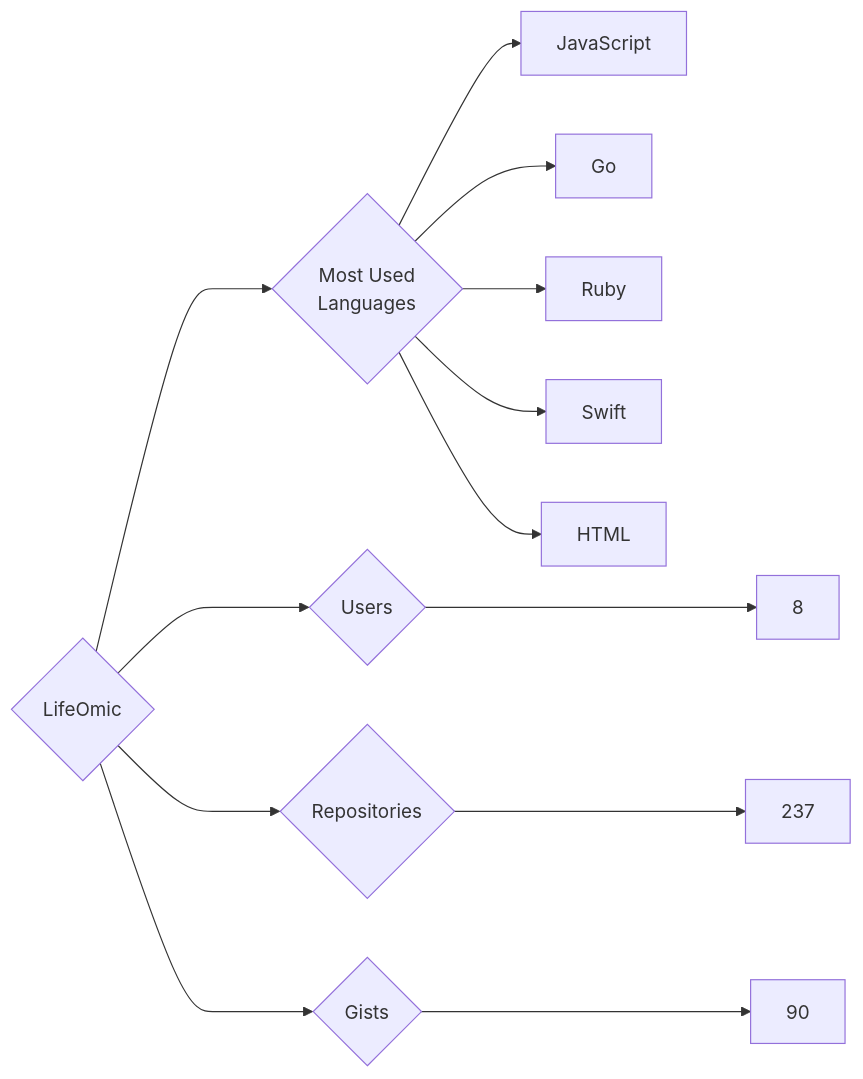
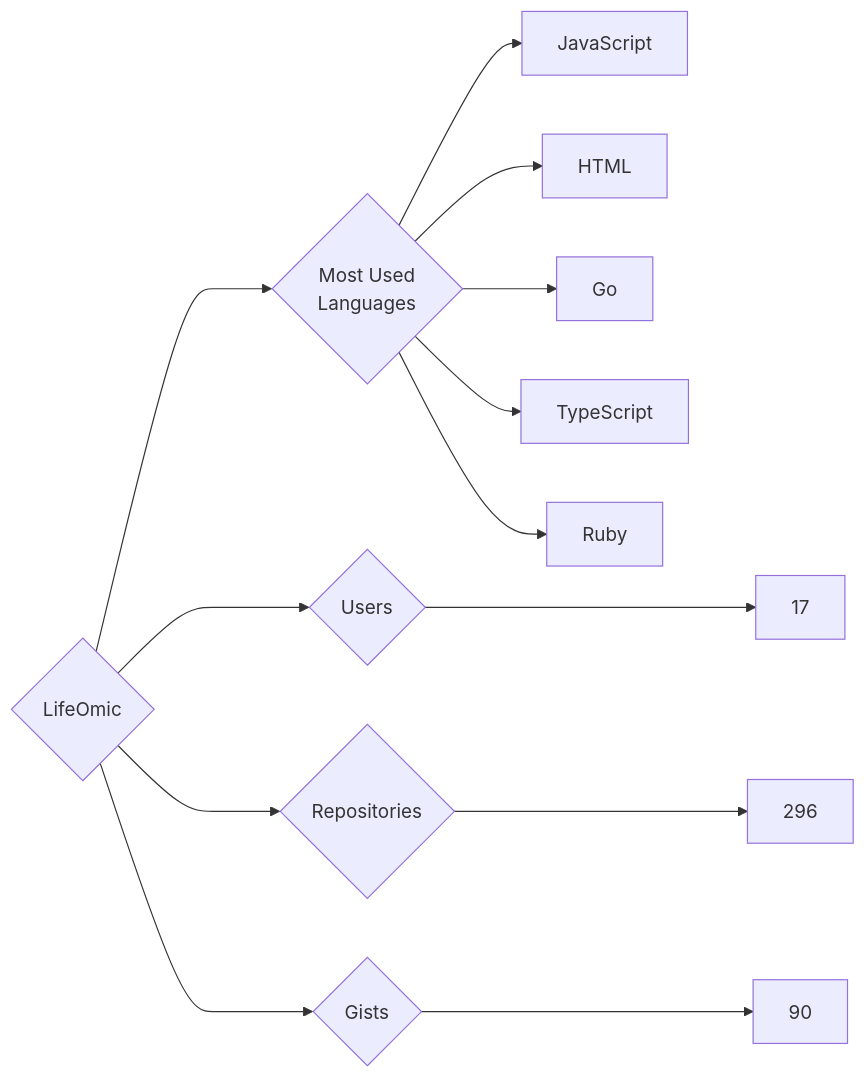
One commit to trickest/insiders changed the diagram in targets/LifeOmic/README.md. Above: the diagram before and after it, drawn with Mermaid. The commit also changed 757 other files, not shown here.

````diff
--- a/targets/LifeOmic/README.md
+++ b/targets/LifeOmic/README.md
@@ -3,13 +3,13 @@
 ```mermaid
 graph LR
 COMPANY_NAME{LifeOmic}
-COMPANY_NAME ---> U{Users} ---> UN[8]
-COMPANY_NAME ---> R{Repositories} ---> RN[237]
+COMPANY_NAME ---> U{Users} ---> UN[17]
+COMPANY_NAME ---> R{Repositories} ---> RN[296]
 COMPANY_NAME ---> G{Gists} ---> GN[90]
 COMPANY_NAME ---> ML{Most Used<br>Languages}
 ML --> JavaScript[JavaScript]
+ML --> HTML[HTML]
 ML --> Go[Go]
+ML --> TypeScript[TypeScript]
 ML --> Ruby[Ruby]
-ML --> Swift[Swift]
-ML --> HTML[HTML]
 ```
````
